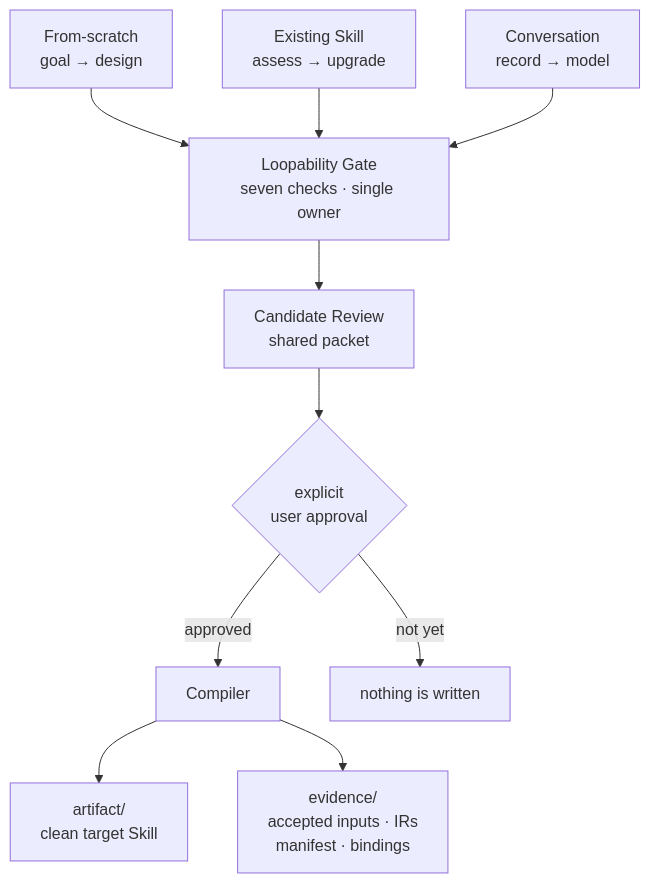
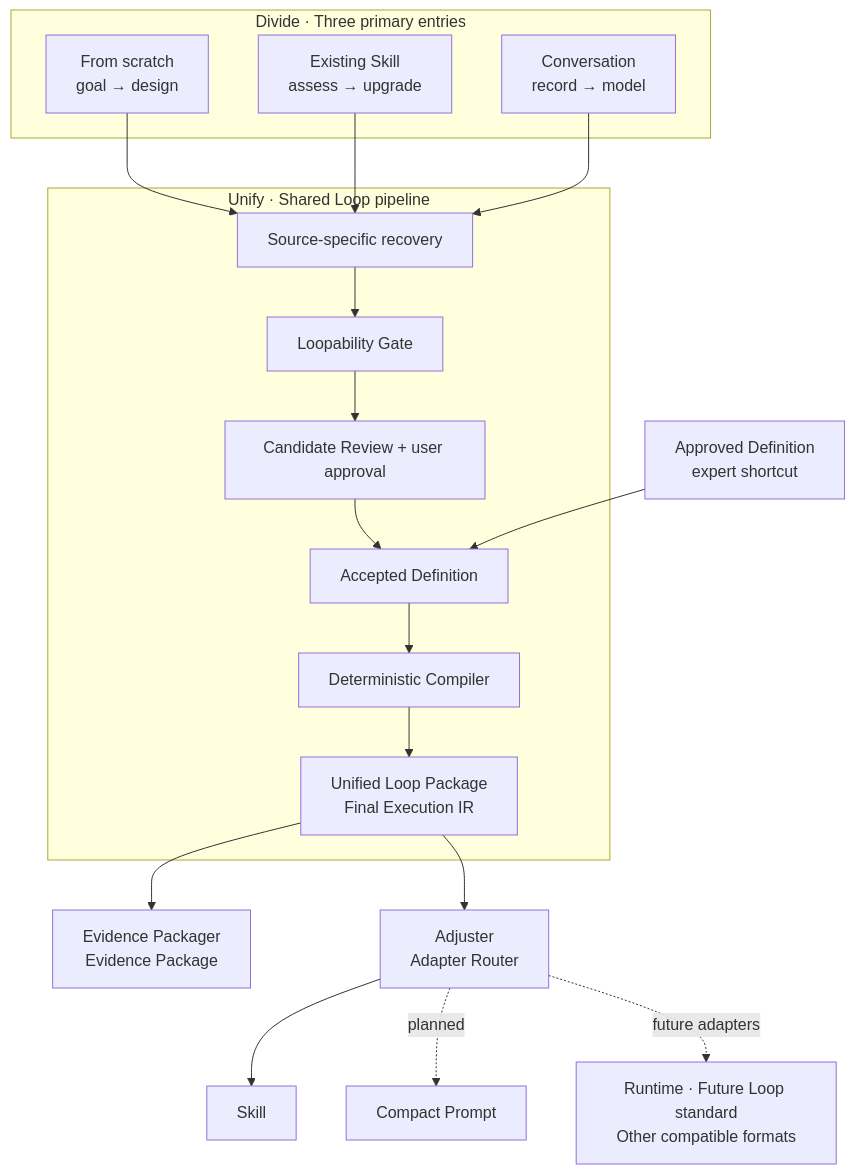
Before and after one commit to Conradgui/loop-craft: the diagram in README.md, drawn with Mermaid. The commit also changed other lines of this file and 2 other files, not shown here.

````diff
--- a/README.md
+++ b/README.md
@@ -34,12 +24,31 @@
 ```mermaid
-flowchart TD
-    A1[From-scratch<br/>goal → design] --> G
-    A2[Existing Skill<br/>assess → upgrade] --> G
-    A3[Conversation<br/>record → model] --> G
-    G[Loopability Gate<br/>seven checks · single owner] --> R
-    R[Candidate Review<br/>shared packet] --> AP{explicit<br/>user approval}
-    AP -->|approved| C[Compiler]
-    AP -->|not yet| STOP[nothing is written]
-    C --> ART[artifact/<br/>clean target Skill]
-    C --> EV[evidence/<br/>accepted inputs · IRs<br/>manifest · bindings]
+flowchart TB
+    subgraph ENTRY["Divide · Three primary entries"]
+        E1["From scratch<br/>goal → design"]
+        E2["Existing Skill<br/>assess → upgrade"]
+        E3["Conversation<br/>record → model"]
+    end
+
+    subgraph CORE["Unify · Shared Loop pipeline"]
+        C1["Source-specific recovery"]
+        C2["Loopability Gate"]
+        C3["Candidate Review + user approval"]
+        C4["Accepted Definition"]
+        C5["Deterministic Compiler"]
+        C6["Unified Loop Package<br/>Final Execution IR"]
+        C1 --> C2 --> C3 --> C4 --> C5 --> C6
+    end
+
+    E1 --> C1
+    E2 --> C1
+    E3 --> C1
+
+    D["Approved Definition<br/>expert shortcut"] --> C4
+
+    C6 --> EP["Evidence Packager<br/>Evidence Package"]
+    C6 --> AR["Adjuster<br/>Adapter Router"]
+
+    AR --> S["Skill"]
+    AR -. planned .-> P["Compact Prompt"]
+    AR -. future adapters .-> F["Runtime · Future Loop standard<br/>Other compatible formats"]
 ```
````
